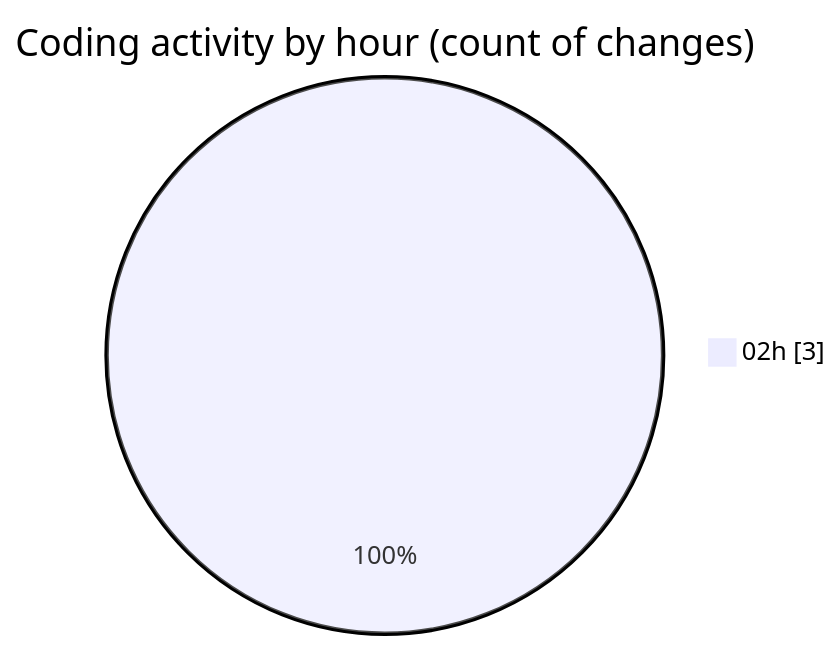
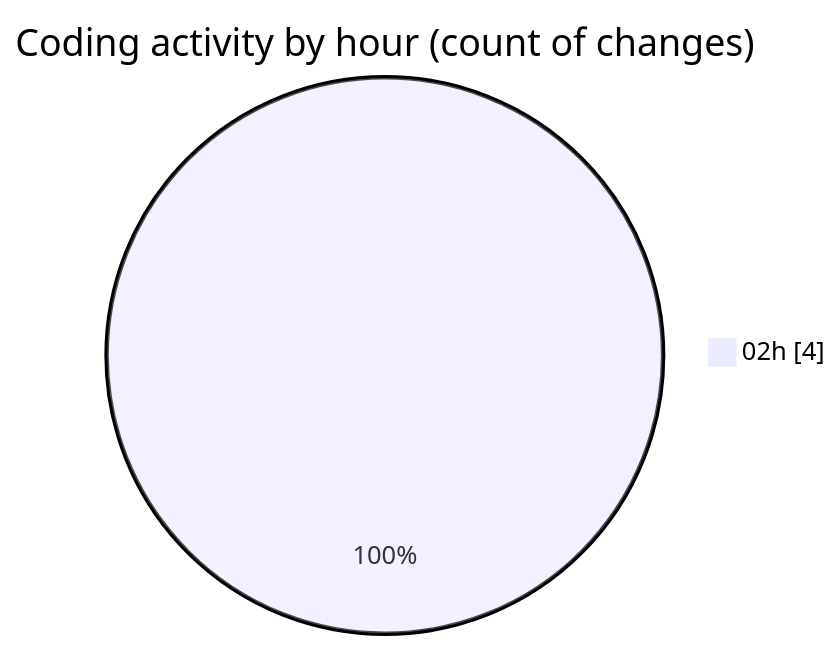
The second of 2 diagrams in 2025-05-29/kimberly-groups/README.md (JenPaints/code-tracking), drawn with Mermaid before and after one commit. The commit also changed other lines of this file and 1 other file, not shown here.

````diff
--- a/2025-05-29/kimberly-groups/README.md
+++ b/2025-05-29/kimberly-groups/README.md
@@ -28,5 +28,5 @@
 ```mermaid
 pie showData
 title Coding activity by hour (count of changes)
-"02h" : 3
+"02h" : 4
 ```
````
